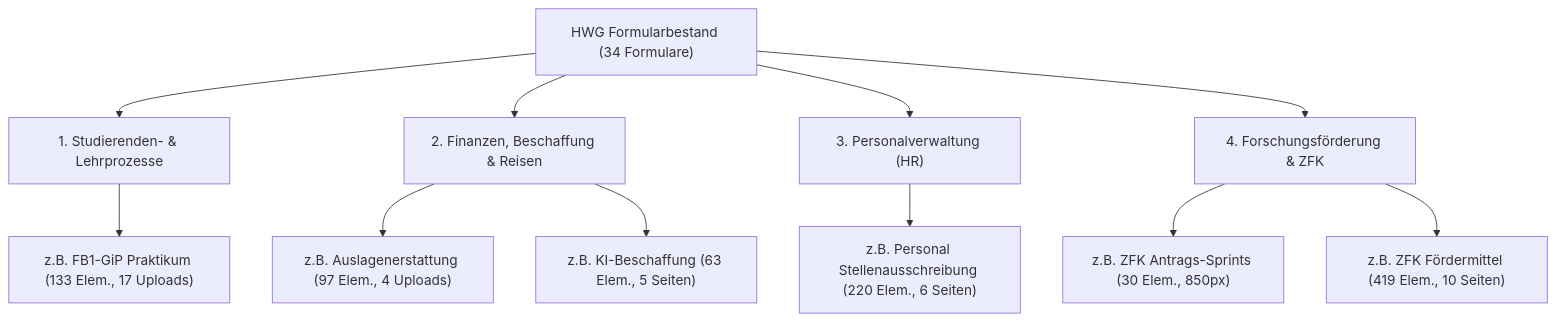
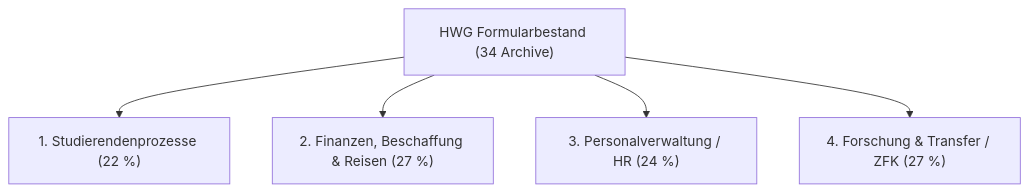
Before and after one commit to fotiosl/bachelor-thesis-hwg-formcycle: the diagram in docs/IST_ANALYSE_HWG.md, drawn with Mermaid. The commit also changed other lines of this file and 28 other files, not shown here.

````diff
--- a/docs/IST_ANALYSE_HWG.md
+++ b/docs/IST_ANALYSE_HWG.md
@@ -19,14 +15,7 @@
 ```mermaid
 graph TD
-    A["HWG Formularbestand (34 Formulare)"] --> B["1. Studierenden- & Lehrprozesse"]
-    A --> C["2. Finanzen, Beschaffung & Reisen"]
-    A --> D["3. Personalverwaltung (HR)"]
-    A --> E["4. Forschungsförderung & ZFK"]
-
-    B --> B1["z.B. FB1-GiP Praktikum (133 Elem., 17 Uploads)"]
-    C --> C1["z.B. Auslagenerstattung (97 Elem., 4 Uploads)"]
-    C --> C2["z.B. KI-Beschaffung (63 Elem., 5 Seiten)"]
-    D --> D1["z.B. Personal Stellenausschreibung (220 Elem., 6 Seiten)"]
-    E --> E1["z.B. ZFK Antrags-Sprints (30 Elem., 850px)"]
-    E --> E2["z.B. ZFK Fördermittel (419 Elem., 10 Seiten)"]
+    A["HWG Formularbestand (34 Archive)"] --> B["1. Studierendenprozesse (22 %)"]
+    A --> C["2. Finanzen, Beschaffung & Reisen (27 %)"]
+    A --> D["3. Personalverwaltung / HR (24 %)"]
+    A --> E["4. Forschung & Transfer / ZFK (27 %)"]
 ```
````
